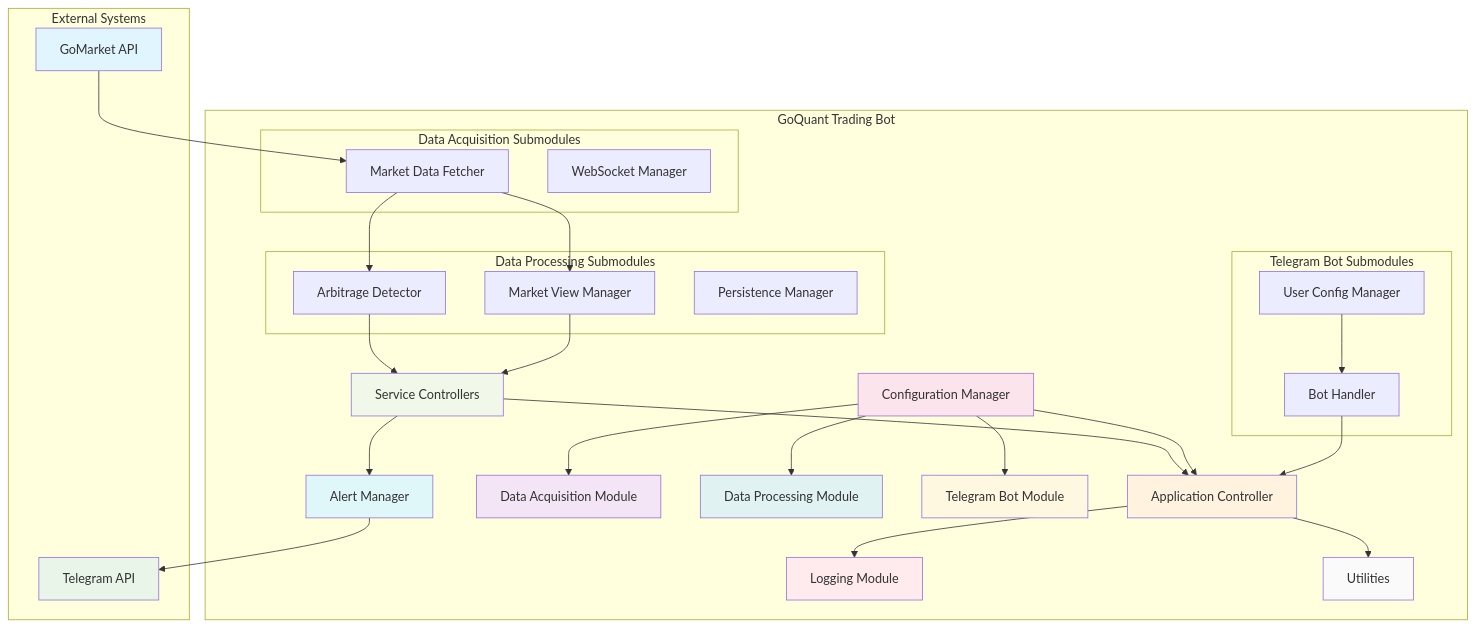
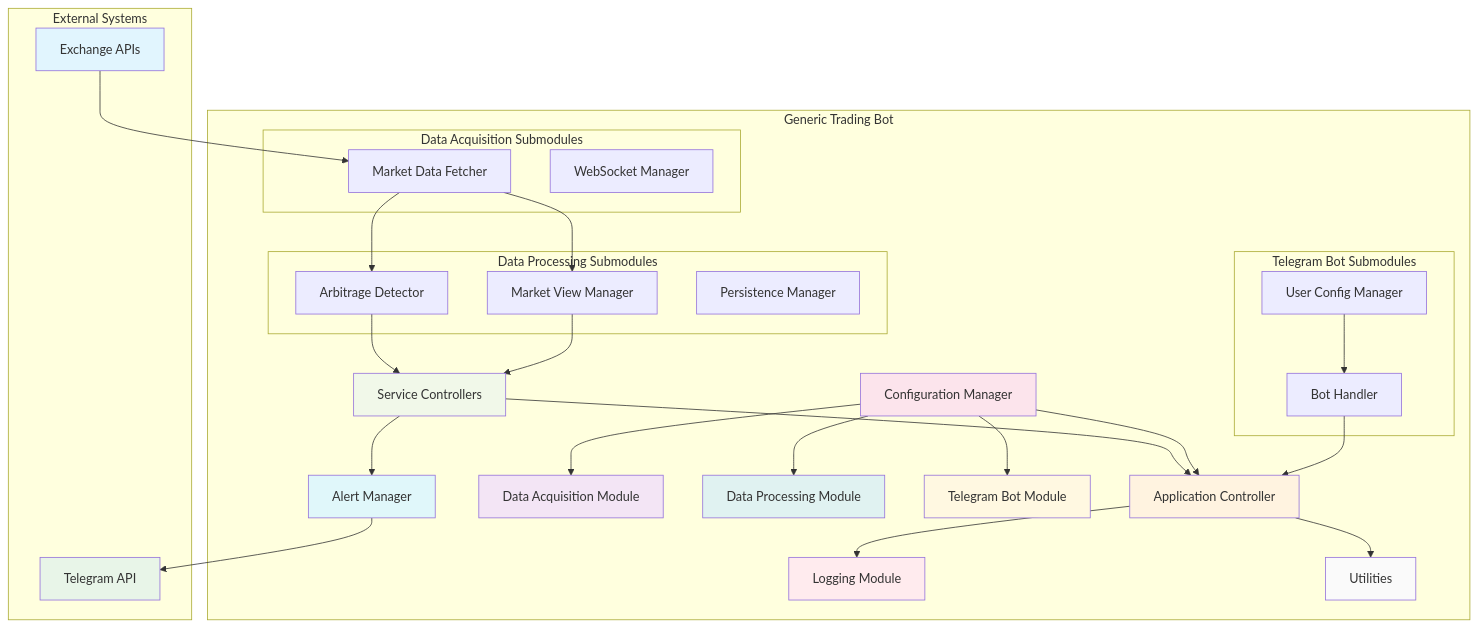
One commit to vishwakarma-31/trading_bot changed the diagram in docs/system_architecture.md. Above: the diagram before and after it, drawn with Mermaid. The commit also changed other lines of this file and 48 other files, not shown here.

````diff
--- a/docs/system_architecture.md
+++ b/docs/system_architecture.md
@@ -14,64 +14,64 @@
 ```mermaid
 graph TB
     subgraph "External Systems"
-        A[GoMarket API]
+        A[Exchange APIs]
         B[Telegram API]
     end
 
-    subgraph "GoQuant Trading Bot"
+    subgraph "Generic Trading Bot"
         C[Application Controller]
         D[Configuration Manager]
         E[Data Acquisition Module]
         F[Data Processing Module]
         G[Telegram Bot Module]
         H[Service Controllers]
         I[Alert Manager]
         J[Logging Module]
         K[Utilities]
         
         subgraph "Data Processing Submodules"
             F1[Arbitrage Detector]
             F2[Market View Manager]
             F3[Persistence Manager]
         end
         
         subgraph "Data Acquisition Submodules"
             E1[Market Data Fetcher]
             E2[WebSocket Manager]
         end
         
         subgraph "Telegram Bot Submodules"
             G1[Bot Handler]
             G2[User Config Manager]
         end
     end
 
     A --> E1
     E1 --> F1
     E1 --> F2
     F1 --> H
     F2 --> H
     H --> C
     H --> I
     I --> B
     D --> C
     D --> E
     D --> F
     D --> G
     G1 --> C
     G2 --> G1
     C --> J
     C --> K
 
     style A fill:#e1f5fe
     style B fill:#e8f5e8
     style C fill:#fff3e0
     style D fill:#fce4ec
     style E fill:#f3e5f5
     style F fill:#e0f2f1
     style G fill:#fff8e1
     style H fill:#f1f8e9
     style I fill:#e0f7fa
     style J fill:#ffebee
     style K fill:#fafafa
 ```
````
